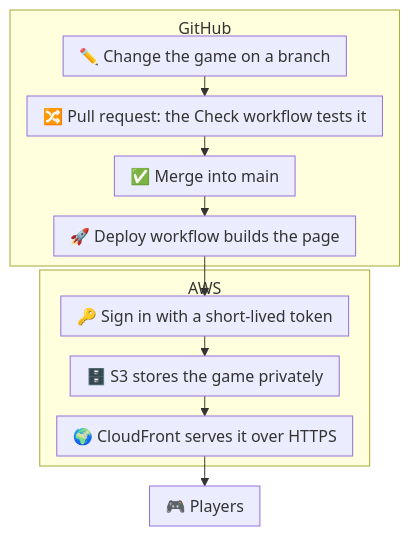
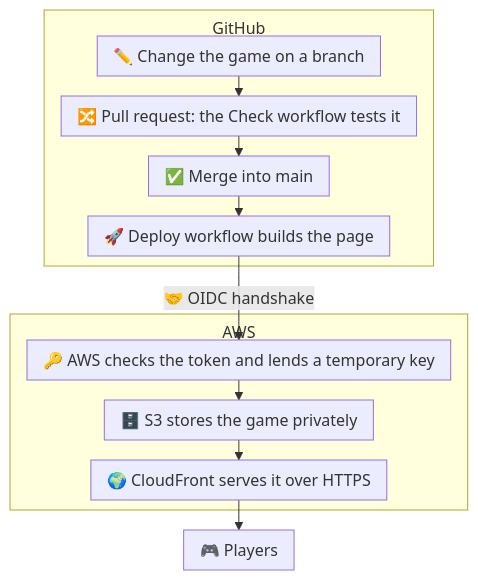
One commit to ok-kewei/cinderella-maze changed the diagram in README.md. Above: the diagram before and after it, drawn with Mermaid. The commit also changed other lines of this file, not shown here.

Commit message:
README: handshake in the diagram, simpler local setup, Node.js as tooling, shorter deploy notes

````diff
--- a/README.md
+++ b/README.md
@@ -31,15 +28,15 @@
 ```mermaid
 %%{init: {"flowchart": {"wrappingWidth": 500, "nodeSpacing": 14, "rankSpacing": 20, "padding": 8, "subGraphTitleMargin": {"top": 6, "bottom": 10}}}}%%
 flowchart TD
   subgraph GH["GitHub"]
     A["✏️ Change the game on a branch"] --> B["🔀 Pull request: the Check workflow tests it"]
     B --> C["✅ Merge into main"]
     C --> D["🚀 Deploy workflow builds the page"]
   end
   subgraph AWS["AWS"]
-    E["🔑 Sign in with a short-lived token"] --> F["🗄️ S3 stores the game privately"]
+    E["🔑 AWS checks the token and lends a temporary key"] --> F["🗄️ S3 stores the game privately"]
     F --> G["🌍 CloudFront serves it over HTTPS"]
   end
-  D --> E
+  D -- "🤝 OIDC handshake" ---> E
   G --> H["🎮 Players"]
 ```
````
